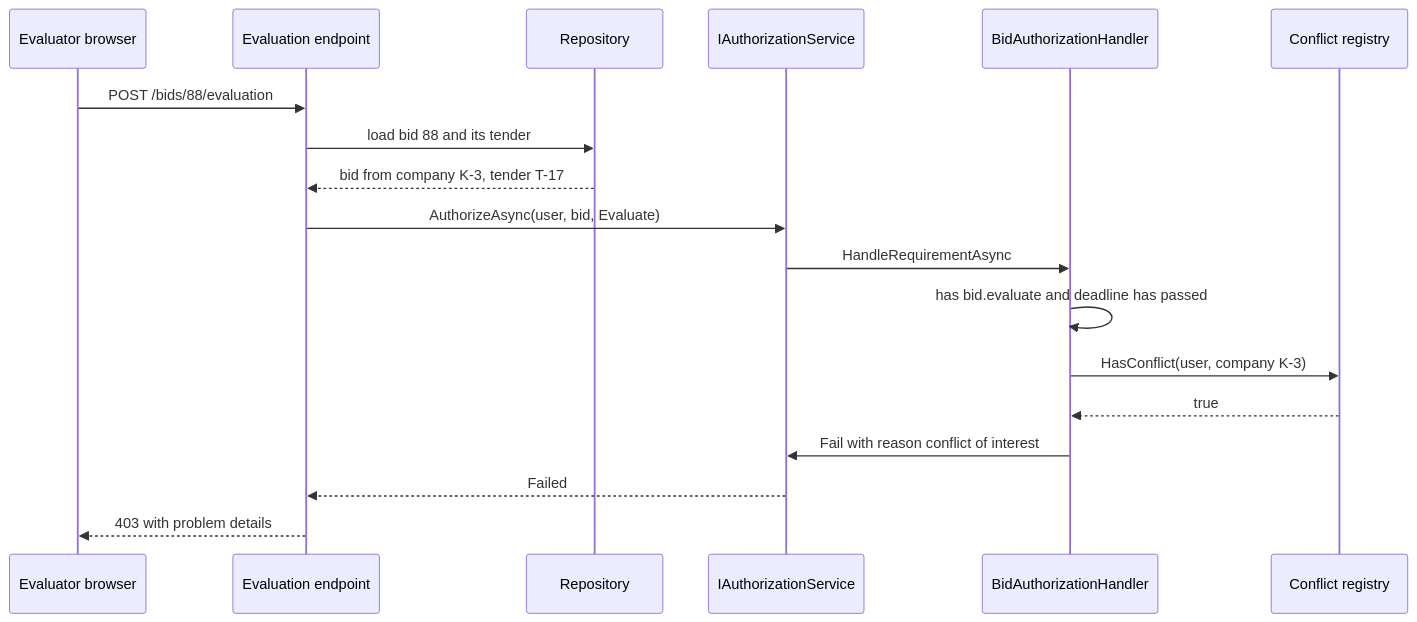
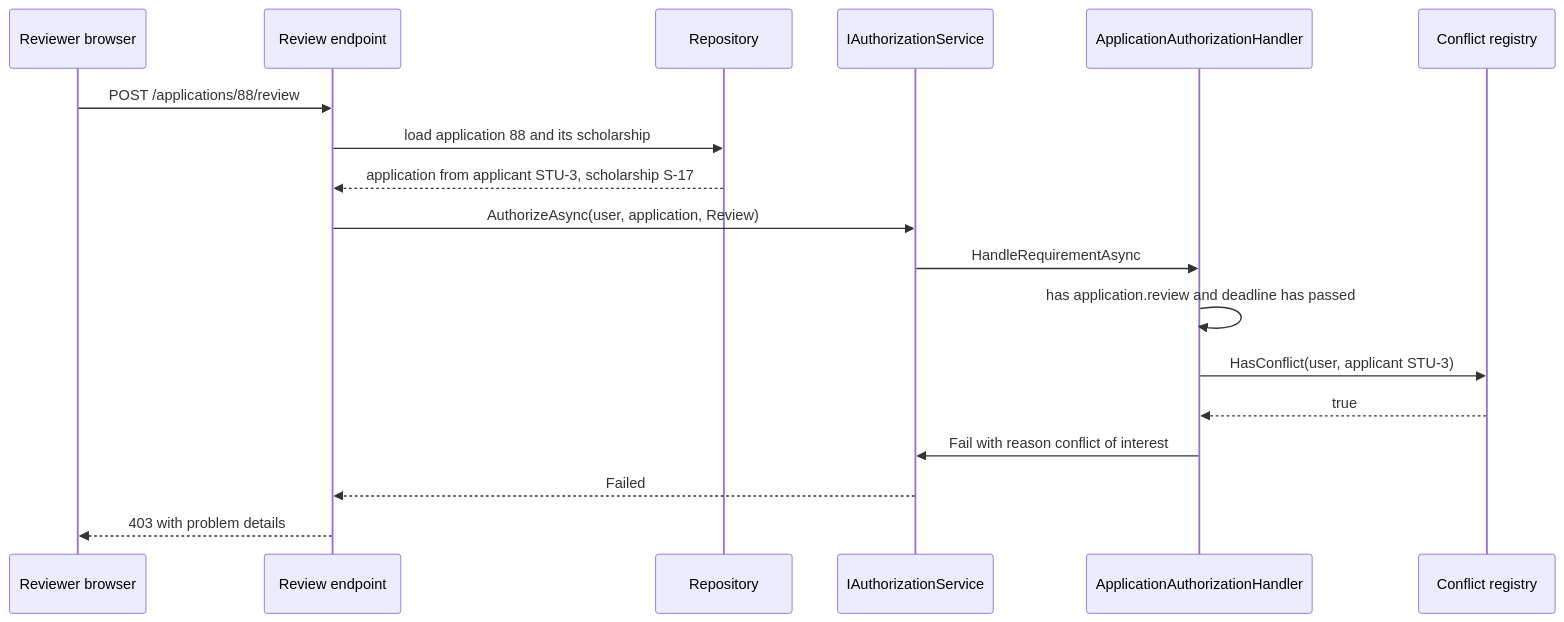
One commit to rizwi0786/system-design-lab changed the second of 2 diagrams in content/lessons/m14/m14-rbac-pbac.md. Above: the diagram before and after it, drawn with Mermaid. The commit also changed other lines of this file and 334 other files, not shown here.

````diff
--- a/content/lessons/m14/m14-rbac-pbac.md
+++ b/content/lessons/m14/m14-rbac-pbac.md
@@ -178,20 +178,20 @@
 ```mermaid
 sequenceDiagram
-    participant C as Evaluator browser
-    participant E as Evaluation endpoint
+    participant C as Reviewer browser
+    participant E as Review endpoint
     participant R as Repository
     participant A as IAuthorizationService
-    participant H as BidAuthorizationHandler
+    participant H as ApplicationAuthorizationHandler
     participant X as Conflict registry
-    C->>E: POST /bids/88/evaluation
-    E->>R: load bid 88 and its tender
-    R-->>E: bid from company K-3, tender T-17
-    E->>A: AuthorizeAsync(user, bid, Evaluate)
+    C->>E: POST /applications/88/review
+    E->>R: load application 88 and its scholarship
+    R-->>E: application from applicant STU-3, scholarship S-17
+    E->>A: AuthorizeAsync(user, application, Review)
     A->>H: HandleRequirementAsync
-    H->>H: has bid.evaluate and deadline has passed
-    H->>X: HasConflict(user, company K-3)
+    H->>H: has application.review and deadline has passed
+    H->>X: HasConflict(user, applicant STU-3)
     X-->>H: true
     H->>A: Fail with reason conflict of interest
     A-->>E: Failed
     E-->>C: 403 with problem details
 ```
````
